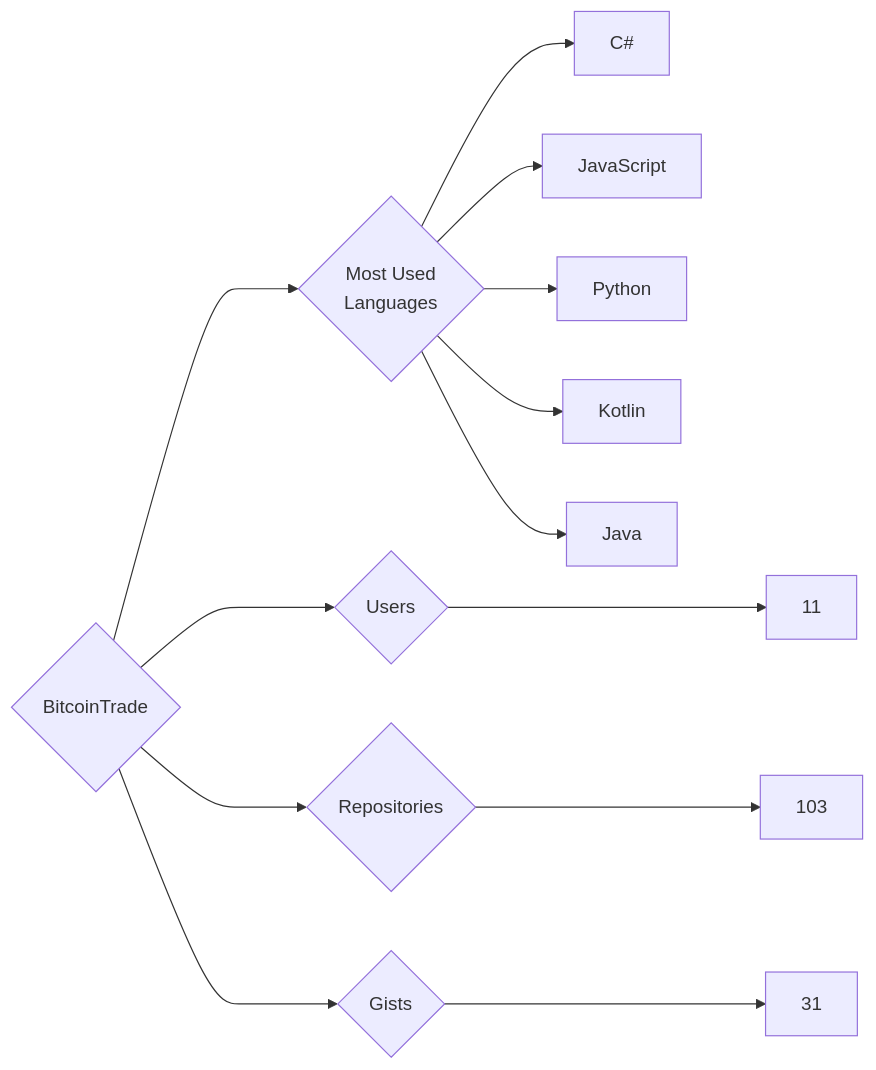
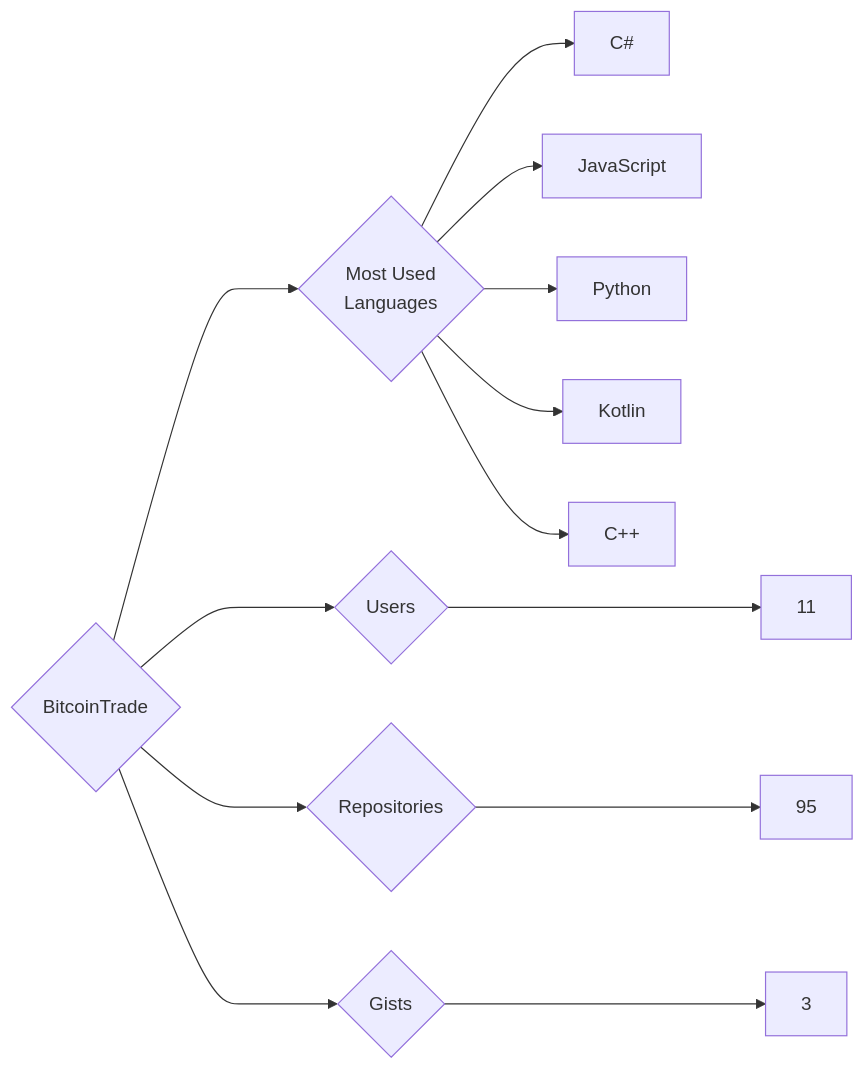
The diagram in targets/BitcoinTrade/README.md (trickest/insiders), drawn with Mermaid before and after one commit. The commit also changed 1148 other files, not shown here.

````diff
--- a/targets/BitcoinTrade/README.md
+++ b/targets/BitcoinTrade/README.md
@@ -3,13 +3,13 @@
 ```mermaid
 graph LR
 COMPANY_NAME{BitcoinTrade}
 COMPANY_NAME ---> U{Users} ---> UN[11]
-COMPANY_NAME ---> R{Repositories} ---> RN[103]
-COMPANY_NAME ---> G{Gists} ---> GN[31]
+COMPANY_NAME ---> R{Repositories} ---> RN[95]
+COMPANY_NAME ---> G{Gists} ---> GN[3]
 COMPANY_NAME ---> ML{Most Used<br>Languages}
 ML --> C#[C#]
 ML --> JavaScript[JavaScript]
 ML --> Python[Python]
 ML --> Kotlin[Kotlin]
-ML --> Java[Java]
+ML --> C++[C++]
 ```
````
